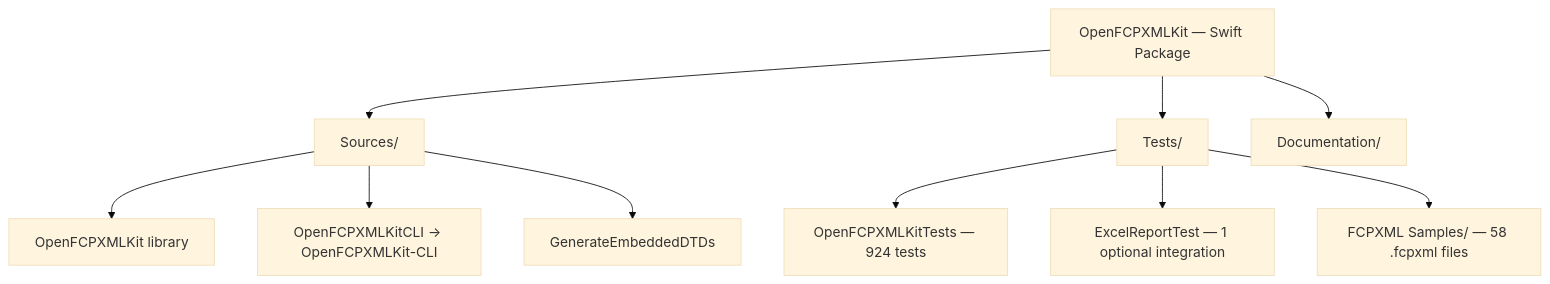
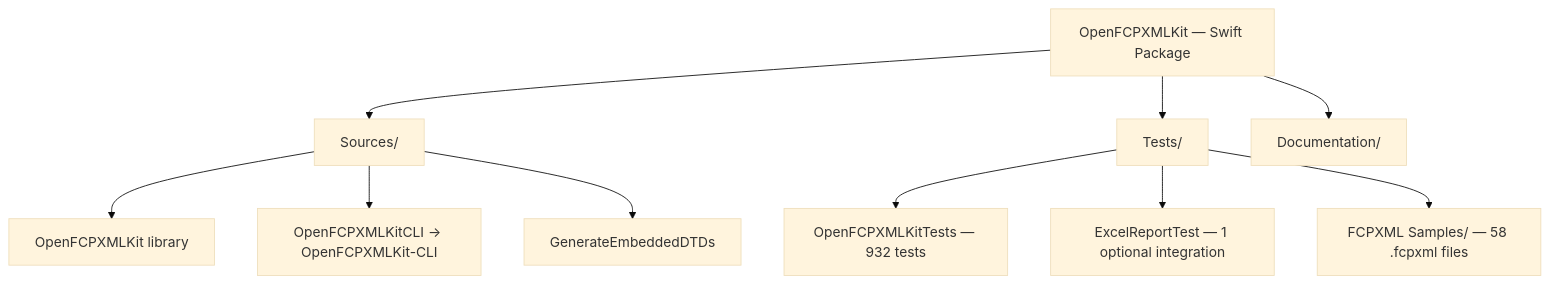
One commit to TheAcharya/OpenFCPXMLKit changed the first of 4 diagrams in ARCHITECTURE.md. Above: the diagram before and after it, drawn with Mermaid (base theme). The commit also changed other lines of this file and 18 other files, not shown here.

Commit message:
Add compound-clip timeline support for Excel reporting (3.0.3).

````diff
--- a/ARCHITECTURE.md
+++ b/ARCHITECTURE.md
@@ -149,16 +151,16 @@
 ```mermaid
 flowchart TB
     Pkg["OpenFCPXMLKit — Swift Package"]
 
     Pkg --> SRC["Sources/"]
     Pkg --> TST["Tests/"]
     Pkg --> DOC["Documentation/"]
 
     SRC --> LIB["OpenFCPXMLKit library"]
     SRC --> CLI["OpenFCPXMLKitCLI → OpenFCPXMLKit-CLI"]
     SRC --> GEN["GenerateEmbeddedDTDs"]
 
-    TST --> OKT["OpenFCPXMLKitTests — 924 tests"]
+    TST --> OKT["OpenFCPXMLKitTests — 932 tests"]
     TST --> ERT["ExcelReportTest — 1 optional integration"]
     TST --> SMP["FCPXML Samples/ — 58 .fcpxml files"]
 ```
````
